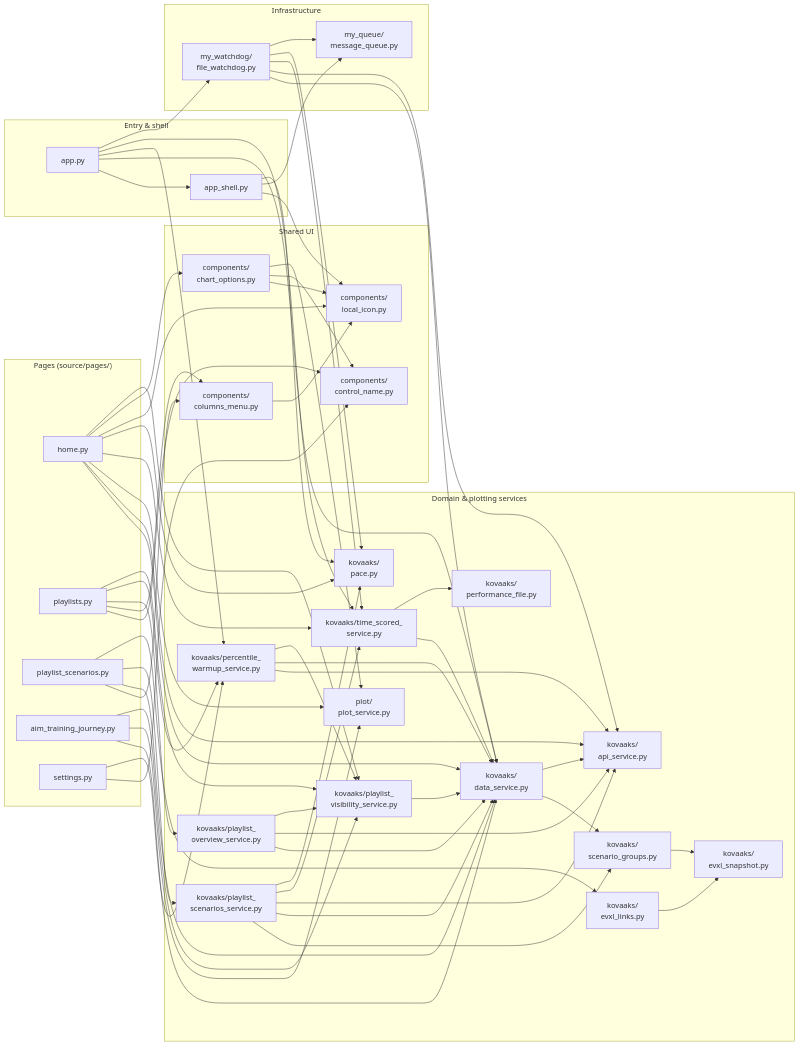
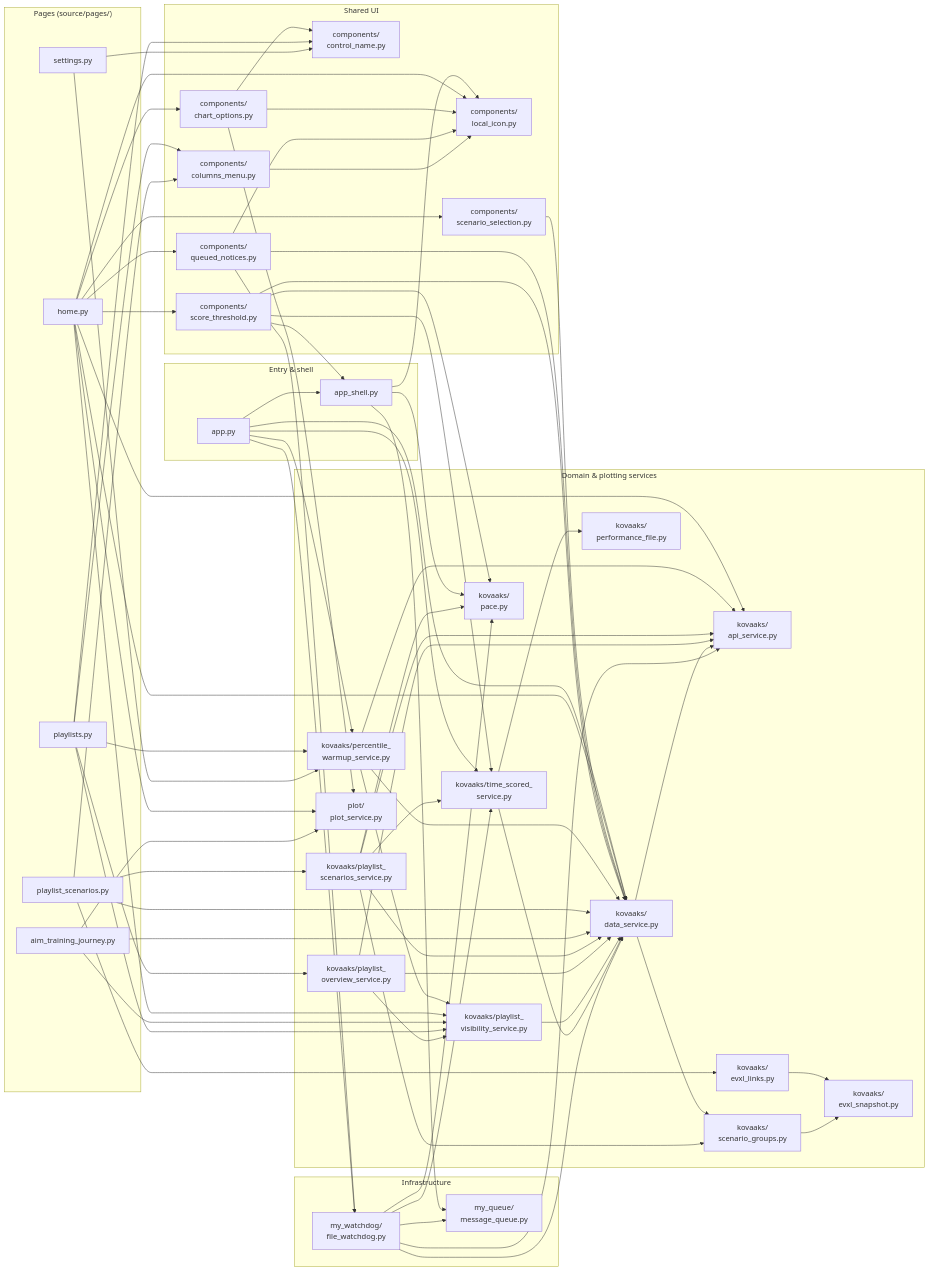
The third of 3 diagrams in docs/architecture.md (MingoDynasty/Corporate-Serf-Dashboard), drawn with Mermaid before and after one commit. The commit also changed other lines of this file, not shown here.

First line of the commit message:
docs: put the three new component modules on the architecture map

```diff
--- a/docs/architecture.md
+++ b/docs/architecture.md
@@ -242,6 +244,9 @@
         ControlName["components/<br/>control_name.py"]
         ColumnsMenu["components/<br/>columns_menu.py"]
         ChartOptions["components/<br/>chart_options.py"]
+        ScenarioSelection["components/<br/>scenario_selection.py"]
+        QueuedNotices["components/<br/>queued_notices.py"]
+        ScoreThreshold["components/<br/>score_threshold.py"]
     end
 
     subgraph Services["Domain & plotting services"]
@@ -277,13 +282,22 @@
     Home --> DataService
     Home --> ApiService
     Home --> PlotService
-    Home --> TimeScored
-    Home --> Pace
     Home --> LocalIcon
     Home --> ChartOptions
     ChartOptions --> LocalIcon
     ChartOptions --> ControlName
     ChartOptions --> PlotService
+    Home --> ScenarioSelection
+    ScenarioSelection --> DataService
+    Home --> QueuedNotices
+    QueuedNotices --> LocalIcon
+    QueuedNotices --> DataService
+    QueuedNotices --> FileWatchdog
+    Home --> ScoreThreshold
+    ScoreThreshold --> Shell
+    ScoreThreshold --> DataService
+    ScoreThreshold --> TimeScored
+    ScoreThreshold --> Pace
     Playlists --> ControlName
     SettingsPage --> ControlName
     Playlists --> ColumnsMenu
```
